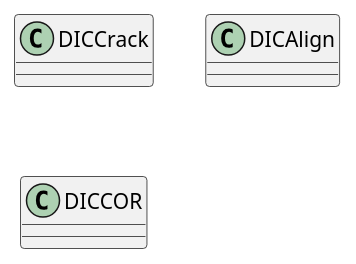
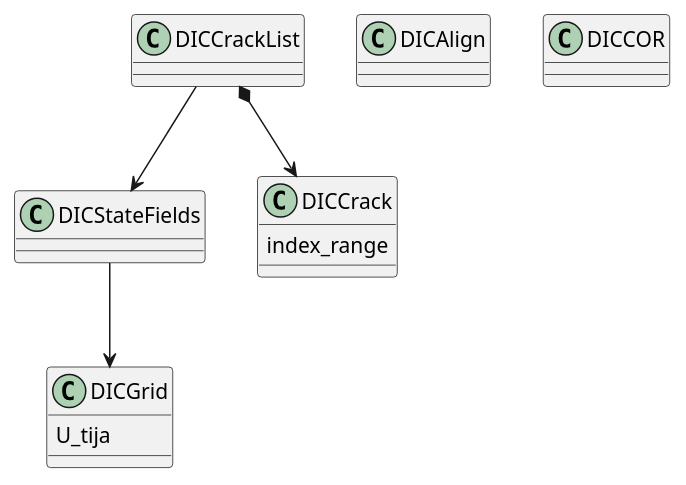
One commit to bmcs-group/bmcs_shear_zone changed the diagram in bmcs_shear/dic_crack/class_diagram.puml. Above: the diagram before and after it, drawn with PlantUML. The commit also changed 4 other files, not shown here.

```diff
--- a/bmcs_shear/dic_crack/class_diagram.puml
+++ b/bmcs_shear/dic_crack/class_diagram.puml
@@ -1,14 +1,29 @@
 @startuml
 'https://plantuml.com/class-diagram
 
 
+class DICGrid {
+  U_tija
+}
+
+class DICStateFields{
+
+}
+
+DICStateFields --> DICGrid
+
 class DICCrack {
+   index_range
 }
+
+DICCrackList --> DICStateFields
+
+DICCrackList *--> DICCrack
 
 class DICAlign{
 }
 
 class DICCOR{
 }
 
 @enduml
```
